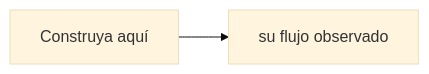
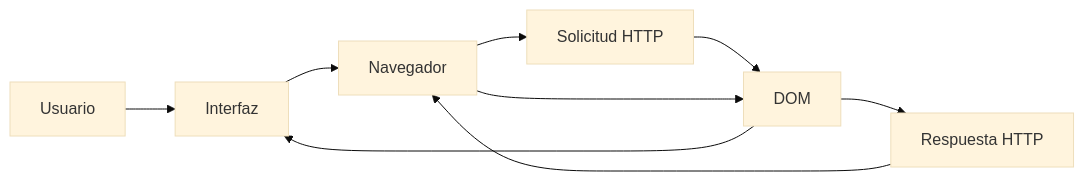
One commit to EmanuelChavarria/aplicaciones_serviciosweb changed the fifth of 5 diagrams in apps_services_2-clase-3/README.md. Above: the diagram before and after it, drawn with Mermaid (base theme). The commit also changed other lines of this file, not shown here.

````diff
--- a/apps_services_2-clase-3/README.md
+++ b/apps_services_2-clase-3/README.md
@@ -301,4 +301,5 @@
 ``` mermaid
 flowchart LR
-    A[Construya aquí] --> B[su flujo observado]
+    A[Usuario] --> B[Interfaz] --> C[Navegador] --> D[Solicitud HTTP] --> E[Servidor] --> F[Respuesta HTTP] --> C --> E[DOM] --> B
+    
 ```
````
